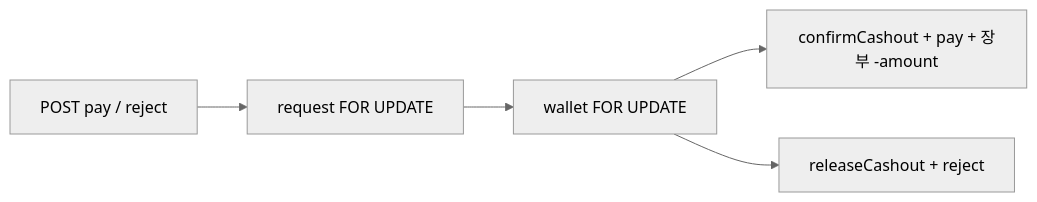
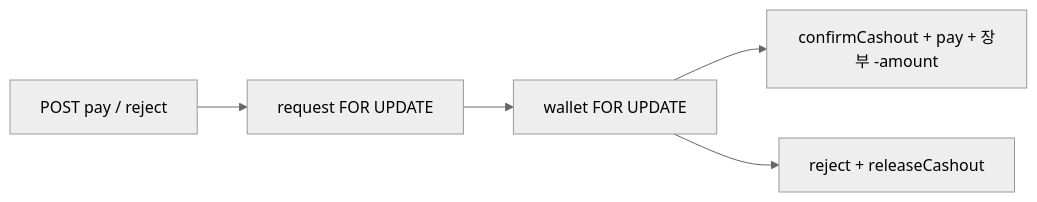
The diagram in docs/backend/payment/admin-cashout.md (likelion-backendschool-9th/test-moa), drawn with Mermaid (neutral theme) before and after one commit. The commit also changed other lines of this file and 1 other file, not shown here.

````diff
--- a/docs/backend/payment/admin-cashout.md
+++ b/docs/backend/payment/admin-cashout.md
@@ -81,7 +81,7 @@
 ```mermaid
 flowchart LR
   POST[POST pay / reject] --> Req[request FOR UPDATE]
   Req --> Wal[wallet FOR UPDATE]
   Wal --> Pay[confirmCashout + pay + 장부 -amount]
-  Wal --> Rej[releaseCashout + reject]
+  Wal --> Rej[reject + releaseCashout]
 ```
````
